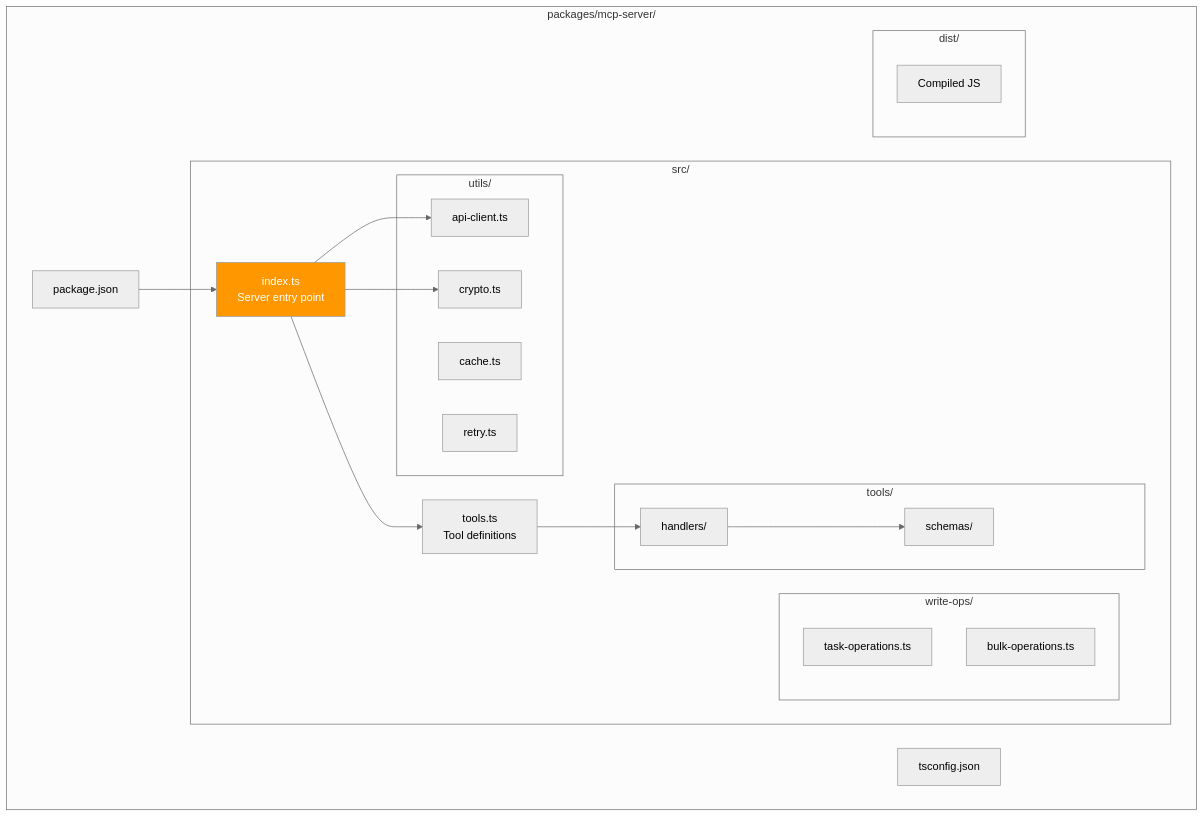
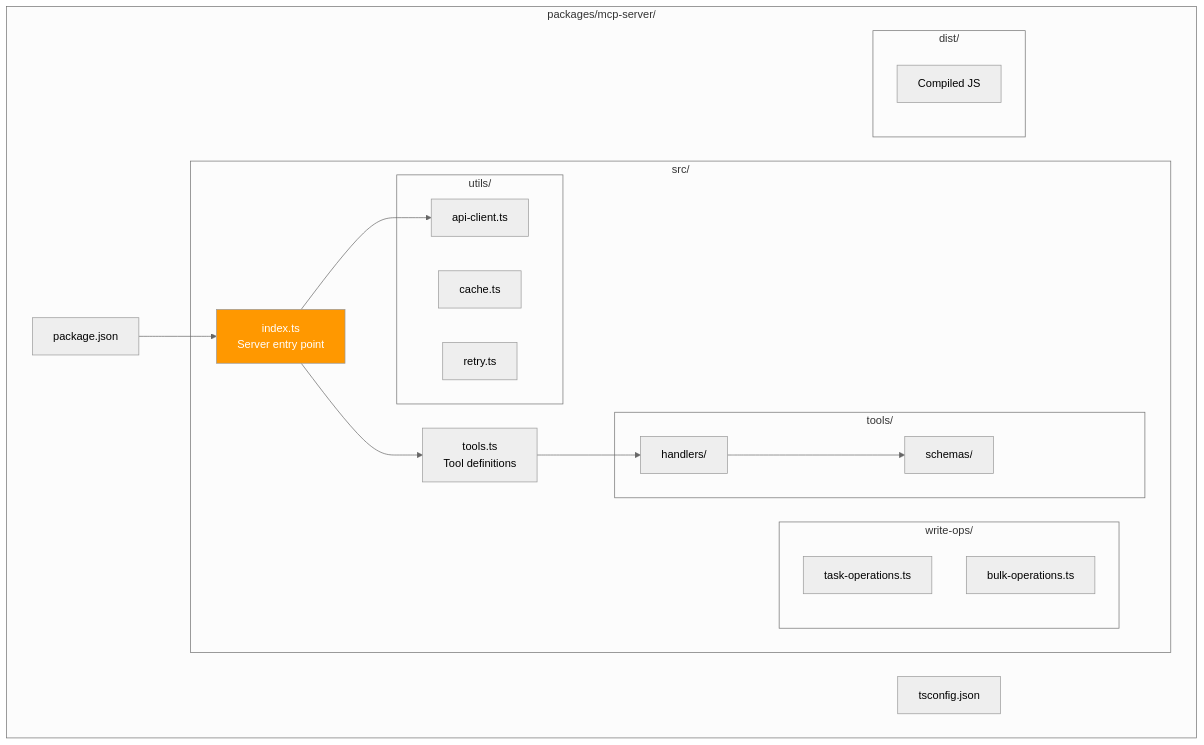
Before and after one commit to vscarpenter/gsd-task-manager: diagram 13 of 14 in MCP_ARCHITECTURE.md, drawn with Mermaid (neutral theme). The commit also changed other lines of this file and 34 other files, not shown here.

````diff
--- a/MCP_ARCHITECTURE.md
+++ b/MCP_ARCHITECTURE.md
@@ -576,43 +510,41 @@
 ```mermaid
 flowchart TD
     subgraph "packages/mcp-server/"
         PKG[package.json]
         TSCONFIG[tsconfig.json]
 
         subgraph "src/"
             INDEX[index.ts<br/>Server entry point]
             TOOLS[tools.ts<br/>Tool definitions]
 
             subgraph "tools/"
                 HANDLERS_DIR[handlers/]
                 SCHEMAS_DIR[schemas/]
             end
 
             subgraph "write-ops/"
                 TASK_OPS[task-operations.ts]
                 BULK_OPS[bulk-operations.ts]
             end
 
             subgraph "utils/"
                 API_CLIENT[api-client.ts]
-                CRYPTO[crypto.ts]
                 CACHE[cache.ts]
                 RETRY[retry.ts]
             end
         end
 
         subgraph "dist/"
             COMPILED[Compiled JS]
         end
     end
 
     PKG --> INDEX
     INDEX --> TOOLS
     TOOLS --> HANDLERS_DIR
     HANDLERS_DIR --> SCHEMAS_DIR
 
     INDEX --> API_CLIENT
-    INDEX --> CRYPTO
 
     style INDEX fill:#FF9800,color:white
 ```
````
